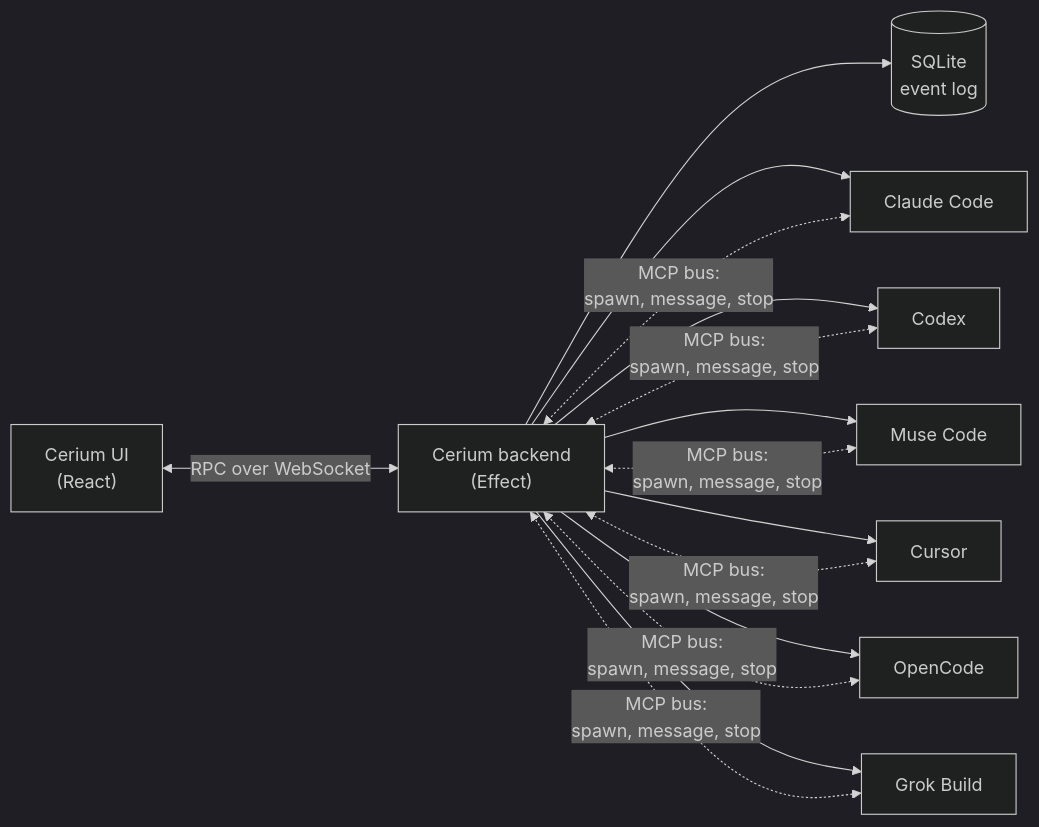
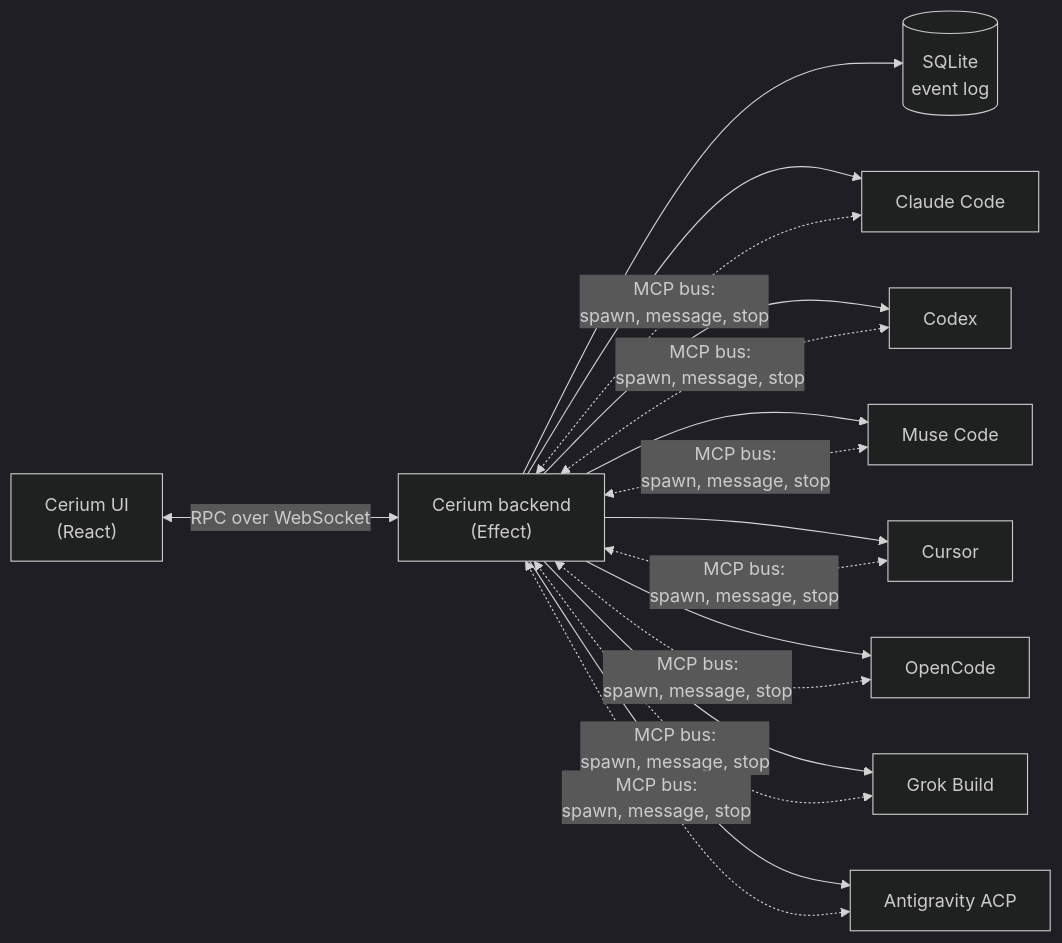
Before and after one commit to CeriumHQ/cerium: the diagram in README.md, drawn with Mermaid (dark theme). The commit also changed other lines of this file and 15 other files, not shown here.

````diff
--- a/README.md
+++ b/README.md
@@ -136,12 +137,13 @@
 ```mermaid
 flowchart LR
   UI["Cerium UI<br/>(React)"] <-- "RPC over WebSocket" --> Backend["Cerium backend<br/>(Effect)"]
   Backend --> Store[("SQLite<br/>event log")]
   Backend --> Claude["Claude Code"]
   Backend --> Codex["Codex"]
   Backend --> Muse["Muse Code"]
   Backend --> Cursor["Cursor"]
   Backend --> OpenCode["OpenCode"]
   Backend --> Grok["Grok Build"]
-  Claude & Codex & Muse & Cursor & OpenCode & Grok <-. "MCP bus:<br/>spawn, message, stop" .-> Backend
+  Backend --> Antigravity["Antigravity ACP"]
+  Claude & Codex & Muse & Cursor & OpenCode & Grok & Antigravity <-. "MCP bus:<br/>spawn, message, stop" .-> Backend
 ```
````
